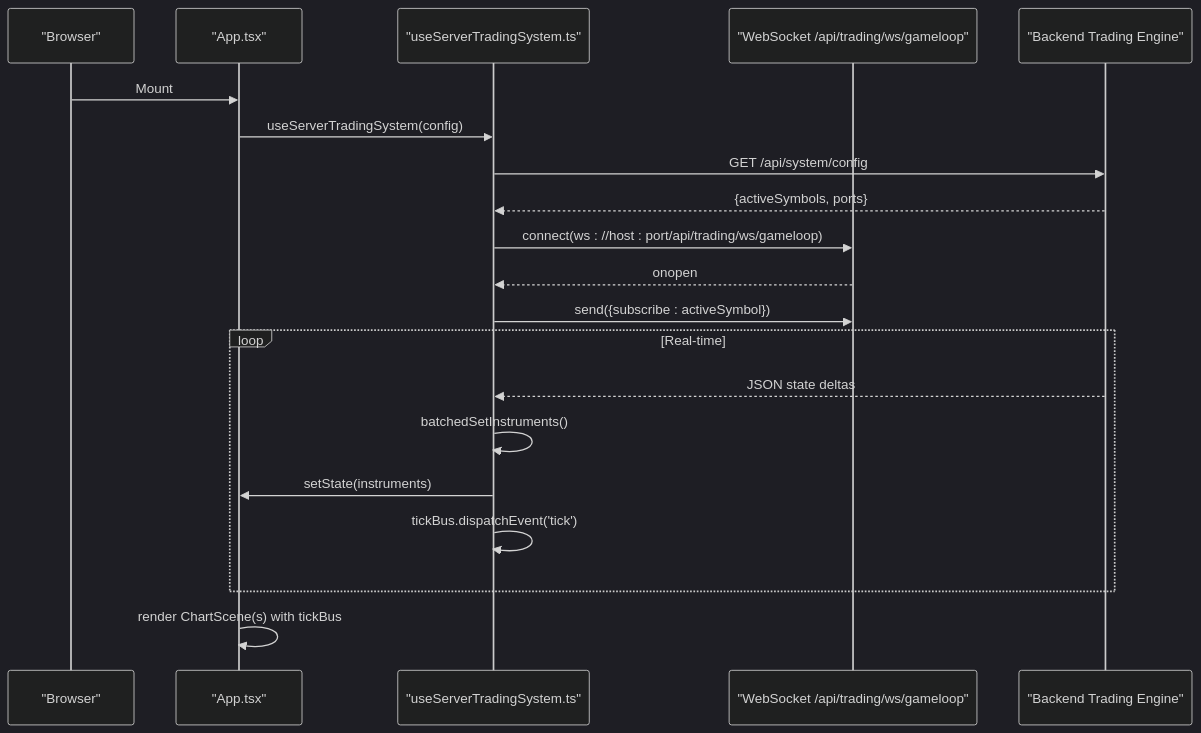
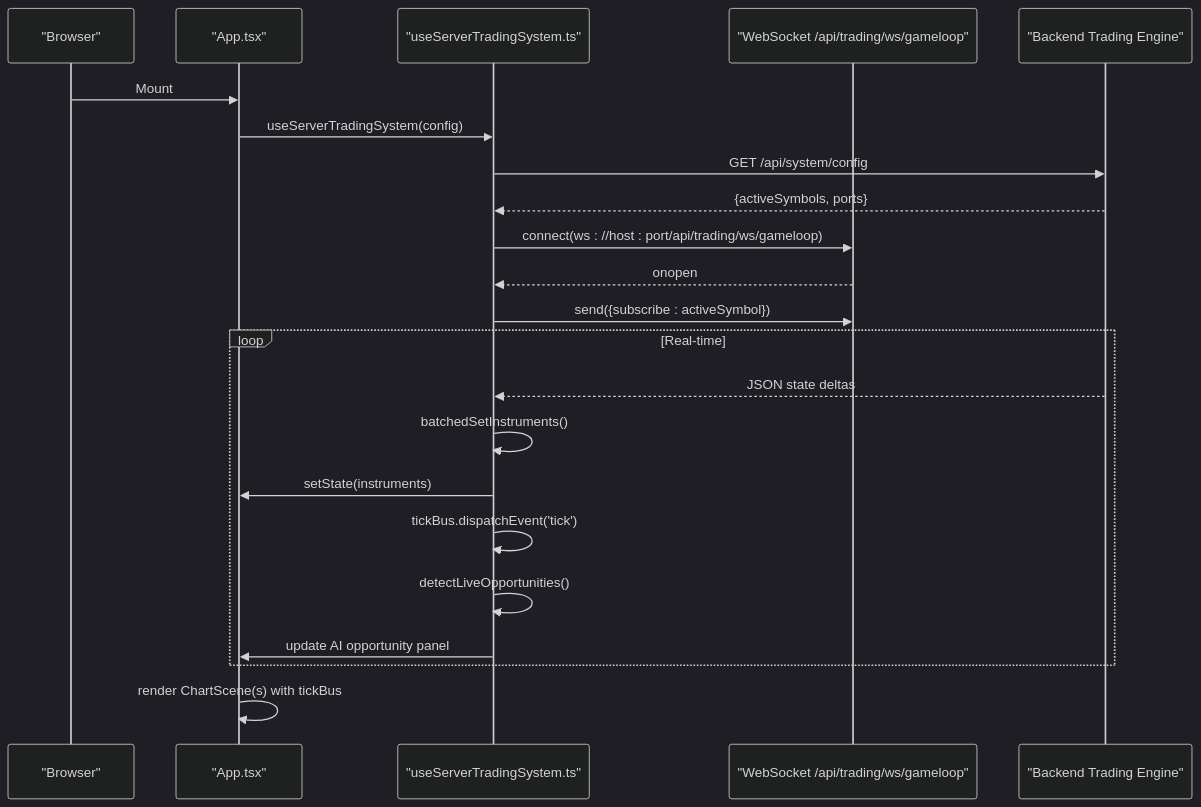
One commit to gemrajkhatry-maker/v5-of-glassytrade-ai changed the second of 5 diagrams in .qoder/repowiki/en/content/Frontend Application/Frontend Application.md. Above: the diagram before and after it, drawn with Mermaid (dark theme). The commit also changed other lines of this file and 930 other files, not shown here.

````diff
--- a/.qoder/repowiki/en/content/Frontend Application/Frontend Application.md
+++ b/.qoder/repowiki/en/content/Frontend Application/Frontend Application.md
@@ -129,22 +181,24 @@
 ```mermaid
 sequenceDiagram
 participant Browser as "Browser"
 participant App as "App.tsx"
 participant Hook as "useServerTradingSystem.ts"
 participant WS as "WebSocket /api/trading/ws/gameloop"
 participant BE as "Backend Trading Engine"
 Browser->>App : Mount
 App->>Hook : useServerTradingSystem(config)
 Hook->>BE : GET /api/system/config
 BE-->>Hook : {activeSymbols, ports}
 Hook->>WS : connect(ws : //host : port/api/trading/ws/gameloop)
 WS-->>Hook : onopen
 Hook->>WS : send({subscribe : activeSymbol})
 loop Real-time
 BE-->>Hook : JSON state deltas
 Hook->>Hook : batchedSetInstruments()
 Hook->>App : setState(instruments)
 Hook->>Hook : tickBus.dispatchEvent('tick')
+Hook->>Hook : detectLiveOpportunities()
+Hook->>App : update AI opportunity panel
 end
 App->>App : render ChartScene(s) with tickBus
 ```
````
